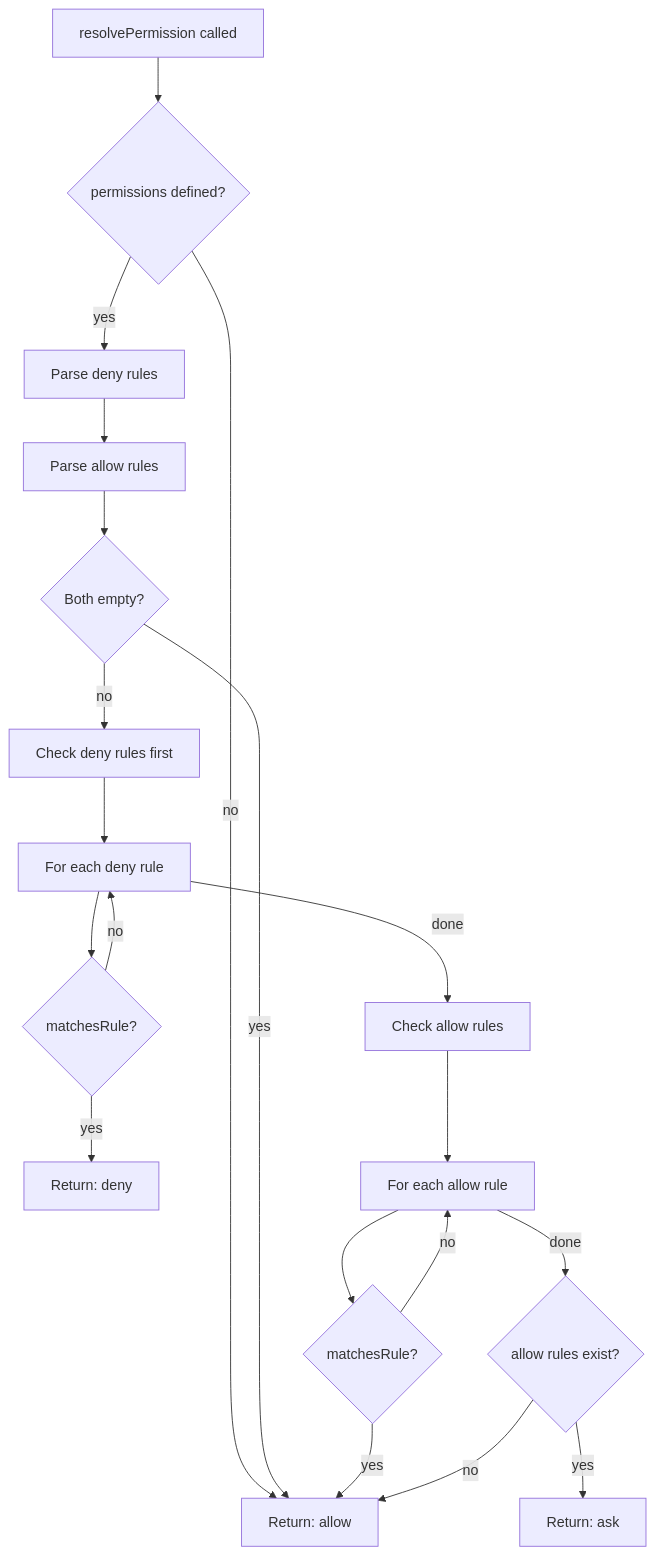
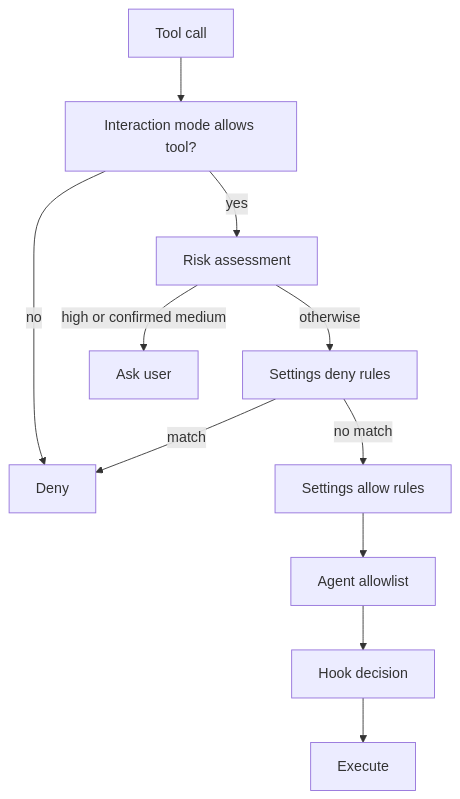
Before and after one commit to Hermenics/deepseek-code: the diagram in _reversa_sdd/flowcharts/permissions.md, drawn with Mermaid. The commit also changed other lines of this file and 151 other files, not shown here.

First line of the commit message:
docs(agents): reorganize skill documentation and expand SDD architecture

````diff
--- a/_reversa_sdd/flowcharts/permissions.md
+++ b/_reversa_sdd/flowcharts/permissions.md
@@ -8,24 +3,13 @@
 ```mermaid
 flowchart TD
-    A[resolvePermission called] --> B{permissions defined?}
-    B -->|no| C[Return: allow]
-    B -->|yes| D[Parse deny rules]
-    D --> E[Parse allow rules]
-    E --> F{Both empty?}
-    F -->|yes| C
-    F -->|no| G[Check deny rules first]
-    
-    G --> H[For each deny rule]
-    H --> I{matchesRule?}
-    I -->|yes| J[Return: deny]
-    I -->|no| H
-    H -->|done| K[Check allow rules]
-    
-    K --> L[For each allow rule]
-    L --> M{matchesRule?}
-    M -->|yes| C
-    M -->|no| L
-    L -->|done| N{allow rules exist?}
-    N -->|yes| O[Return: ask]
-    N -->|no| C
+  A[Tool call] --> B[Interaction mode allows tool?]
+  B -->|no| X[Deny]
+  B -->|yes| C[Risk assessment]
+  C -->|high or confirmed medium| D[Ask user]
+  C -->|otherwise| E[Settings deny rules]
+  E -->|match| X
+  E -->|no match| F[Settings allow rules]
+  F --> G[Agent allowlist]
+  G --> H[Hook decision]
+  H --> I[Execute]
 ```
````
